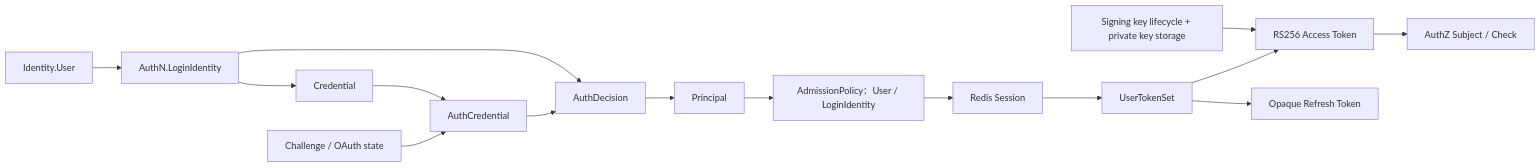
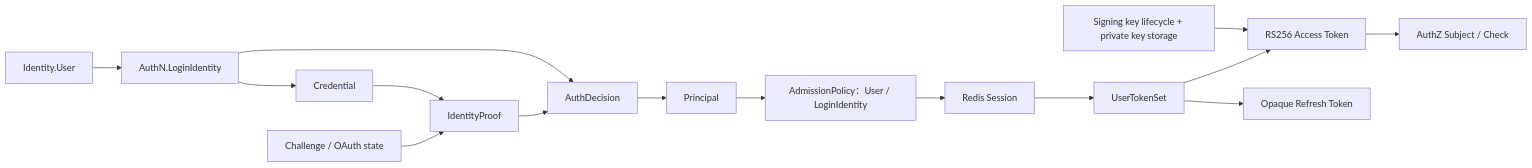
The first of 2 diagrams in docs/02-业务模块/02-AuthN/00-模块总览.md (FangcunMount/iam-contracts), drawn with Mermaid before and after one commit. The commit also changed other lines of this file and 33 other files, not shown here.

````diff
--- a/docs/02-业务模块/02-AuthN/00-模块总览.md
+++ b/docs/02-业务模块/02-AuthN/00-模块总览.md
@@ -42,17 +42,17 @@
 ```mermaid
 flowchart LR
     User["Identity.User"] --> LI["AuthN.LoginIdentity"]
     LI --> Credential["Credential"]
-    Challenge["Challenge / OAuth state"] --> Proof["AuthCredential"]
+    Challenge["Challenge / OAuth state"] --> Proof["IdentityProof"]
     Credential --> Proof
     Proof --> Decision["AuthDecision"]
     LI --> Decision
     Decision --> Principal["Principal"]
     Principal --> Admission["AdmissionPolicy：User / LoginIdentity"]
     Admission --> Session["Redis Session"]
     Session --> TokenSet["UserTokenSet"]
     TokenSet --> Access["RS256 Access Token"]
     TokenSet --> Refresh["Opaque Refresh Token"]
     SigningKeys["Signing key lifecycle + private key storage"] --> Access
     Access --> AuthZ["AuthZ Subject / Check"]
 ```
````
